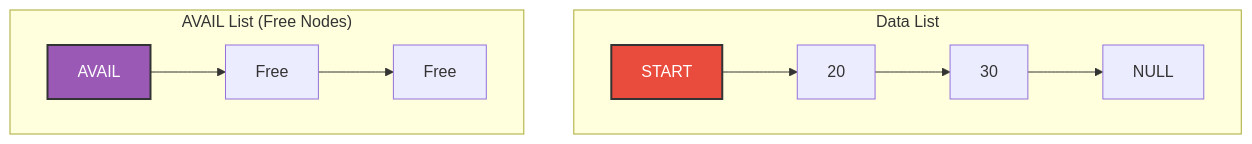
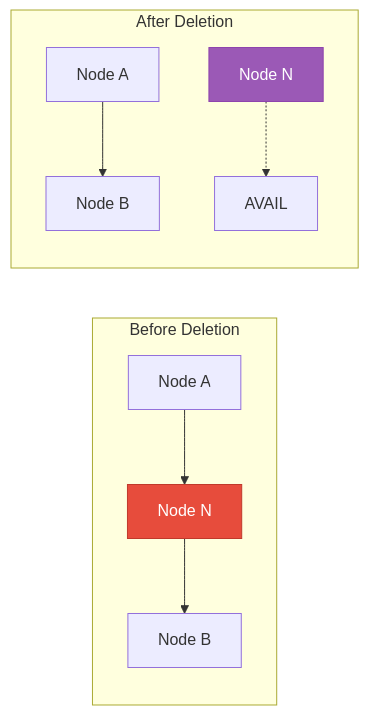
Diagram 18 of 27 in Chapter 5 - Linked Lists/README.md (M-F-Tushar/CSE-2101-Data-Structure), drawn with Mermaid before and after one commit. The commit also changed other lines of this file, not shown here.

````diff
--- a/Chapter 5 - Linked Lists/README.md
+++ b/Chapter 5 - Linked Lists/README.md
@@ -1389,16 +718,15 @@
 ```mermaid
-graph TD
-    subgraph "Data List"
-        START["START"] --> N1["20"]
-        N1 --> N2["30"]
-        N2 --> NULL1["NULL"]
+graph LR
+    subgraph "Before Deletion"
+        A1["Node A"] --> N1["Node N"]
+        N1 --> B1["Node B"]
     end
     
-    subgraph "AVAIL List (Free Nodes)"
-        AVAIL["AVAIL"] --> F1["Free"]
-        F1 --> F2["Free"]
+    subgraph "After Deletion"
+        A2["Node A"] --> B2["Node B"]
+        N2["Node N"] -.-> AV["AVAIL"]
     end
     
-    style START fill:#E94B3C,stroke:#333,stroke-width:2px,color:#fff
-    style AVAIL fill:#9B59B6,stroke:#333,stroke-width:2px,color:#fff
+    style N1 fill:#e74c3c,stroke:#c0392b,color:#fff
+    style N2 fill:#9b59b6,stroke:#8e44ad,color:#fff
 ```
````
